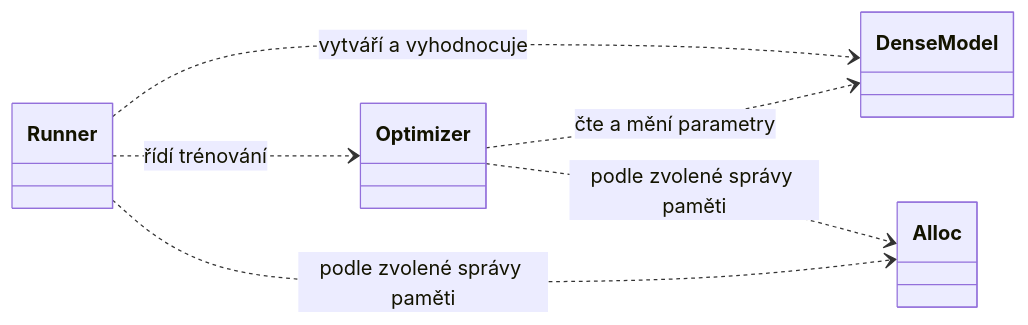
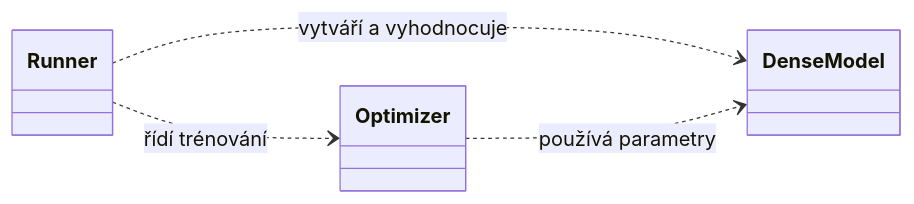
Before and after one commit to sooneoo/machine-learning: the diagram in 003-dense/spec/specifikace-dense.md, drawn with Mermaid. The commit also changed other lines of this file, not shown here.

Commit message:
Refocus dense specification on shared derivation

````diff
--- a/003-dense/spec/specifikace-dense.md
+++ b/003-dense/spec/specifikace-dense.md
@@ -101,13 +67,10 @@
 ```mermaid
 classDiagram
     direction LR
     class Runner
     class DenseModel
     class Optimizer
-    class Alloc
     Runner ..> DenseModel : vytváří a vyhodnocuje
     Runner ..> Optimizer : řídí trénování
-    Optimizer ..> DenseModel : čte a mění parametry
-    Runner ..> Alloc : podle zvolené správy paměti
-    Optimizer ..> Alloc : podle zvolené správy paměti
+    Optimizer ..> DenseModel : používá parametry
 ```
````
